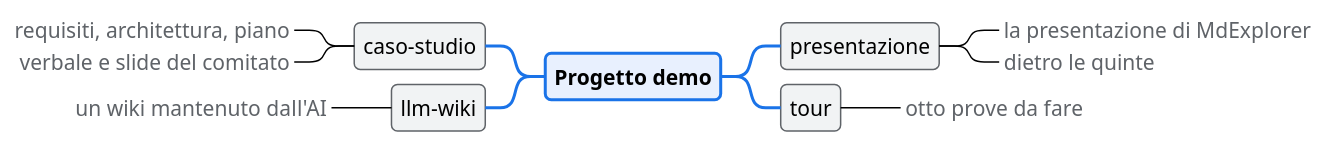
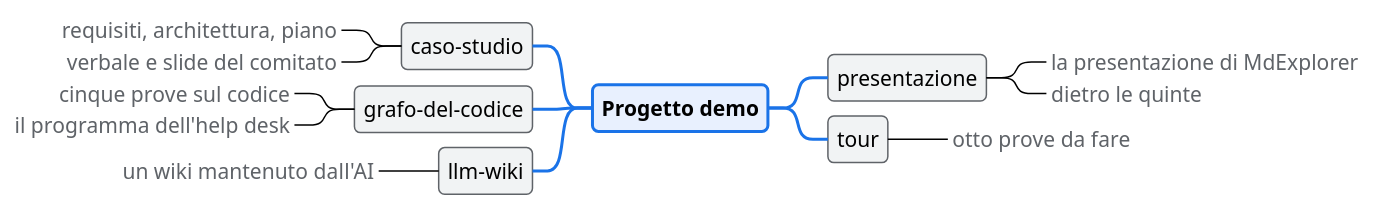
The diagram in README.md (salaroglio/mdexplorer-demo), drawn with PlantUML before and after one commit. The commit also changed other lines of this file and 36 other files, not shown here.

First line of the commit message:
Il grafo del codice: sezione nuova con il programma C# dell'help desk, cinque prove, tre guide e sedici slide (italiano)

````diff
--- a/README.md
+++ b/README.md
@@ -58,36 +66,39 @@
 ```plantuml
 @startmindmap
 !theme plain
 <style>
 mindmapDiagram {
   node {
     BackgroundColor #F1F3F4
     LineColor #5F6368
     RoundCorner 8
     Padding 6
   }
   :depth(0) {
     BackgroundColor #E8F0FE
     LineColor #1A73E8
     LineThickness 2
     FontStyle bold
   }
   boxless {
     FontColor #5F6368
   }
 }
 </style>
 * Progetto demo
 ** presentazione
 ***_ la presentazione di MdExplorer
 ***_ dietro le quinte
 ** tour
 ***_ otto prove da fare
 left side
 ** caso-studio
 ***_ requisiti, architettura, piano
 ***_ verbale e slide del comitato
+** grafo-del-codice
+***_ cinque prove sul codice
+***_ il programma dell'help desk
 ** llm-wiki
 ***_ un wiki mantenuto dall'AI
 @endmindmap
 ```
````
